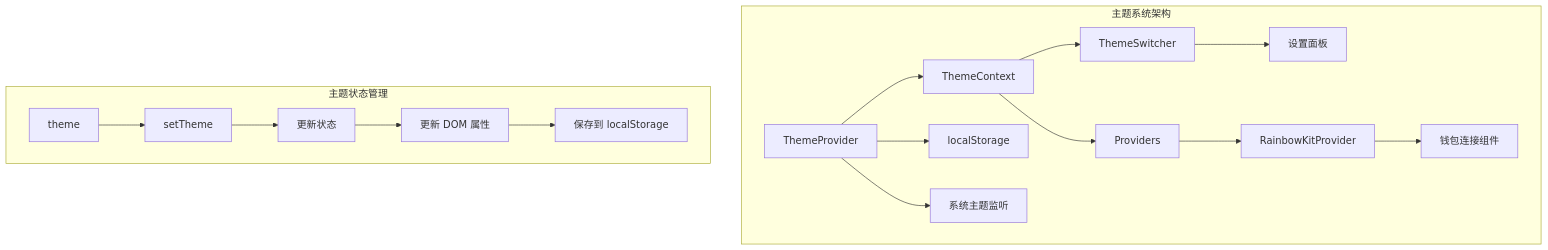
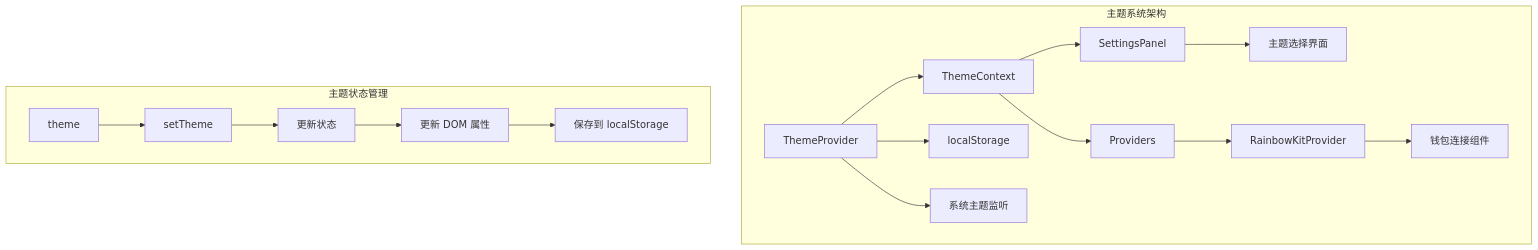
Before and after one commit to CryptoLinxu/Web3-AI-Agent: the seventh of 10 diagrams in .qoder/repowiki/zh/content/项目概述/整体架构概览/Web应用程序/设置面板组件.md, drawn with Mermaid. The commit also changed other lines of this file and 11 other files, not shown here.

````diff
--- a/.qoder/repowiki/zh/content/项目概述/整体架构概览/Web应用程序/设置面板组件.md
+++ b/.qoder/repowiki/zh/content/项目概述/整体架构概览/Web应用程序/设置面板组件.md
@@ -398,19 +341,19 @@
 ```mermaid
 graph TB
 subgraph "主题系统架构"
 A[ThemeProvider] --> B[ThemeContext]
 A --> C[localStorage]
 A --> D[系统主题监听]
-B --> E[ThemeSwitcher]
+B --> E[SettingsPanel]
 B --> F[Providers]
-E --> G[设置面板]
+E --> G[主题选择界面]
 F --> H[RainbowKitProvider]
 H --> I[钱包连接组件]
 end
 subgraph "主题状态管理"
 J[theme] --> K[setTheme]
 K --> L[更新状态]
 L --> M[更新 DOM 属性]
 M --> N[保存到 localStorage]
 end
 ```
````
